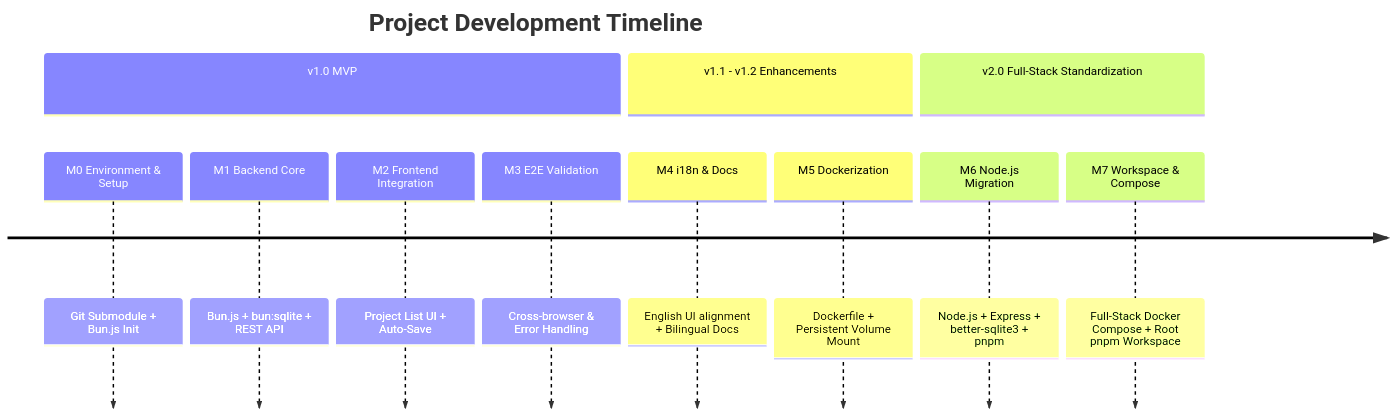
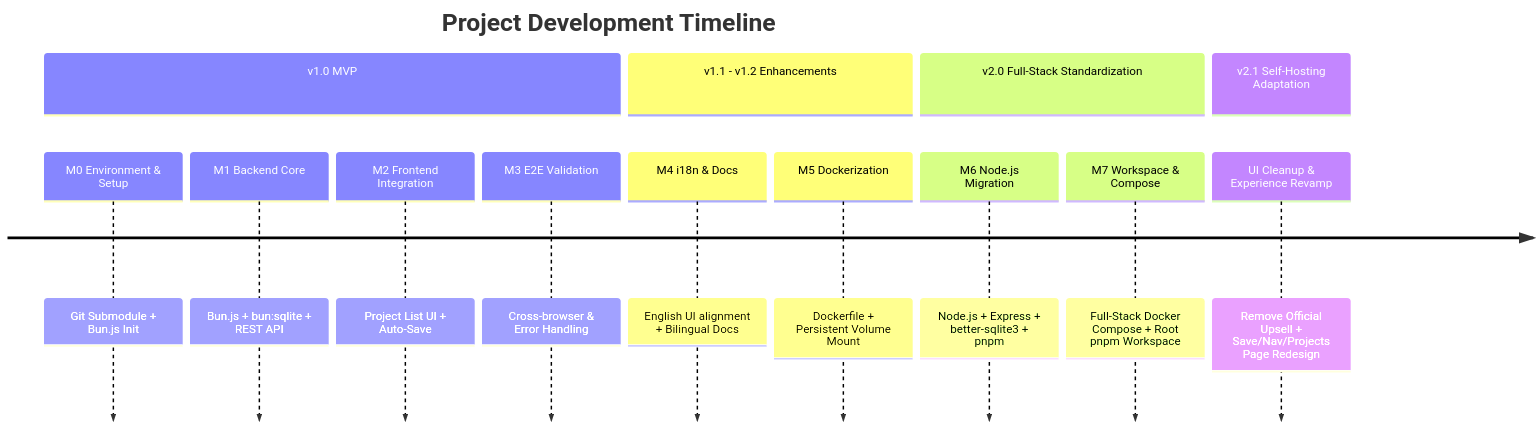
Before and after one commit to GeekSquirrel/mermaid-vault: the diagram in ROADMAP.md, drawn with Mermaid. The commit also changed other lines of this file and 2 other files, not shown here.

Commit message:
refresh roadmap

````diff
--- a/ROADMAP.md
+++ b/ROADMAP.md
@@ -13,15 +13,17 @@
 ```mermaid
 timeline
     title Project Development Timeline
     section v1.0 MVP
         M0 Environment & Setup : Git Submodule + Bun.js Init
         M1 Backend Core : Bun.js + bun:sqlite + REST API
         M2 Frontend Integration : Project List UI + Auto-Save
         M3 E2E Validation : Cross-browser & Error Handling
     section v1.1 - v1.2 Enhancements
         M4 i18n & Docs : English UI alignment + Bilingual Docs
         M5 Dockerization : Dockerfile + Persistent Volume Mount
     section v2.0 Full-Stack Standardization
         M6 Node.js Migration : Node.js + Express + better-sqlite3 + pnpm
         M7 Workspace & Compose : Full-Stack Docker Compose + Root pnpm Workspace
+    section v2.1 Self-Hosting Adaptation
+        UI Cleanup & Experience Revamp : Remove Official Upsell + Save/Nav/Projects Page Redesign
 ```
````
